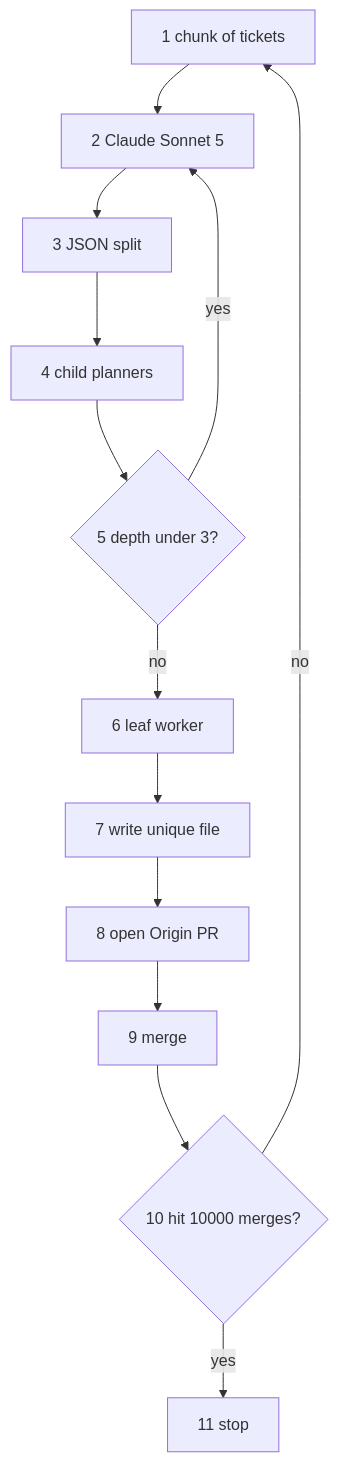
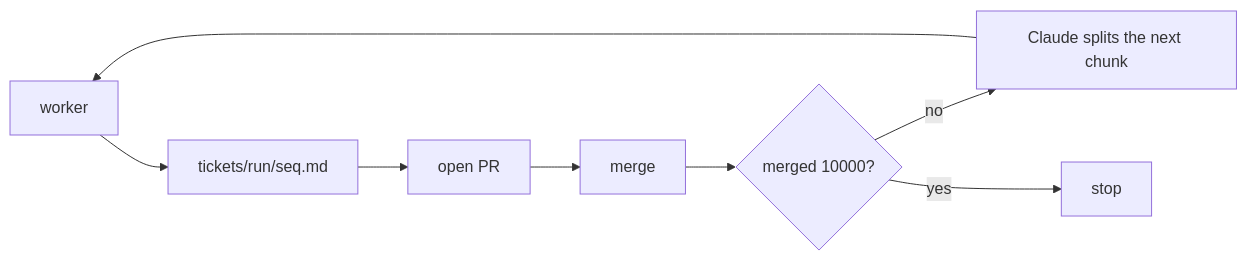
One commit to ranjan2829/Alpha-throttle-test changed the second of 2 diagrams in README.md. Above: the diagram before and after it, drawn with Mermaid. The commit also changed other lines of this file, not shown here.

Commit message:
Restore the branched Claude split flow

````diff
--- a/README.md
+++ b/README.md
@@ -28,15 +47,6 @@
 ```mermaid
-flowchart TD
-  A[1 chunk of tickets] --> B[2 Claude Sonnet 5]
-  B --> C[3 JSON split]
-  C --> D[4 child planners]
-  D --> E{5 depth under 3?}
-  E -->|yes| B
-  E -->|no| F[6 leaf worker]
-  F --> G[7 write unique file]
-  G --> H[8 open Origin PR]
-  H --> I[9 merge]
-  I --> J{10 hit 10000 merges?}
-  J -->|no| A
-  J -->|yes| K[11 stop]
+flowchart LR
+  W[worker] --> F[tickets/run/seq.md] --> P[open PR] --> M[merge] --> Q{merged 10000?}
+  Q -->|no| C[Claude splits the next chunk] --> W
+  Q -->|yes| S[stop]
 ```
````
